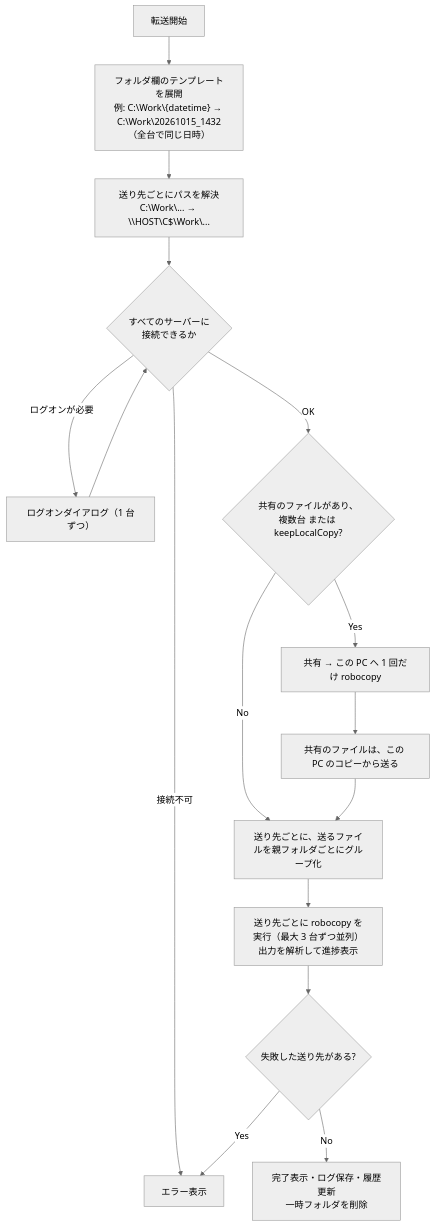
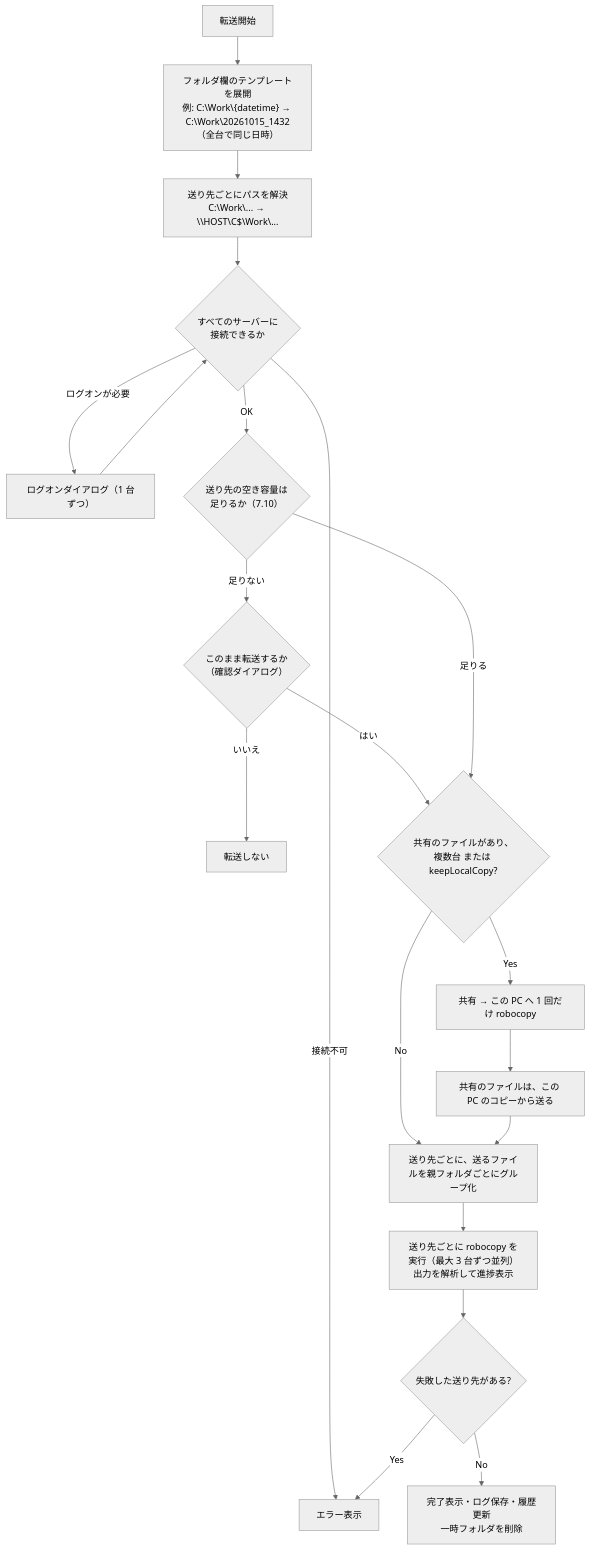
The third of 5 diagrams in docs/design.md (y24/FileTransfer), drawn with Mermaid (neutral theme) before and after one commit. The commit also changed other lines of this file and 12 other files, not shown here.

````diff
--- a/docs/design.md
+++ b/docs/design.md
@@ -308,15 +310,19 @@
 ```mermaid
 flowchart TD
   A["転送開始"] --> B["フォルダ欄のテンプレートを展開<br>例: C:\Work\{datetime} → C:\Work\20261015_1432<br>（全台で同じ日時）"]
   B --> C["送り先ごとにパスを解決<br>C:\Work\... → \\HOST\C$\Work\..."]
   C --> D{"すべてのサーバーに<br>接続できるか"}
   D -->|ログオンが必要| E["ログオンダイアログ（1 台ずつ）"] --> D
   D -->|接続不可| X["エラー表示"]
-  D -->|OK| F{"共有のファイルがあり、<br>複数台 または keepLocalCopy?"}
+  D -->|OK| S{"送り先の空き容量は<br>足りるか（7.10）"}
+  S -->|足りない| S1{"このまま転送するか<br>（確認ダイアログ）"}
+  S1 -->|いいえ| Q["転送しない"]
+  S1 -->|はい| F
+  S -->|足りる| F{"共有のファイルがあり、<br>複数台 または keepLocalCopy?"}
   F -->|No| G["送り先ごとに、送るファイルを親フォルダごとにグループ化"]
   F -->|Yes| F1["共有 → この PC へ 1 回だけ robocopy"] --> F2["共有のファイルは、この PC のコピーから送る"] --> G
   G --> H["送り先ごとに robocopy を実行（最大 3 台ずつ並列）<br>出力を解析して進捗表示"]
   H --> I{"失敗した送り先がある?"}
   I -->|Yes| X
   I -->|No| J["完了表示・ログ保存・履歴更新<br>一時フォルダを削除"]
 ```
````
